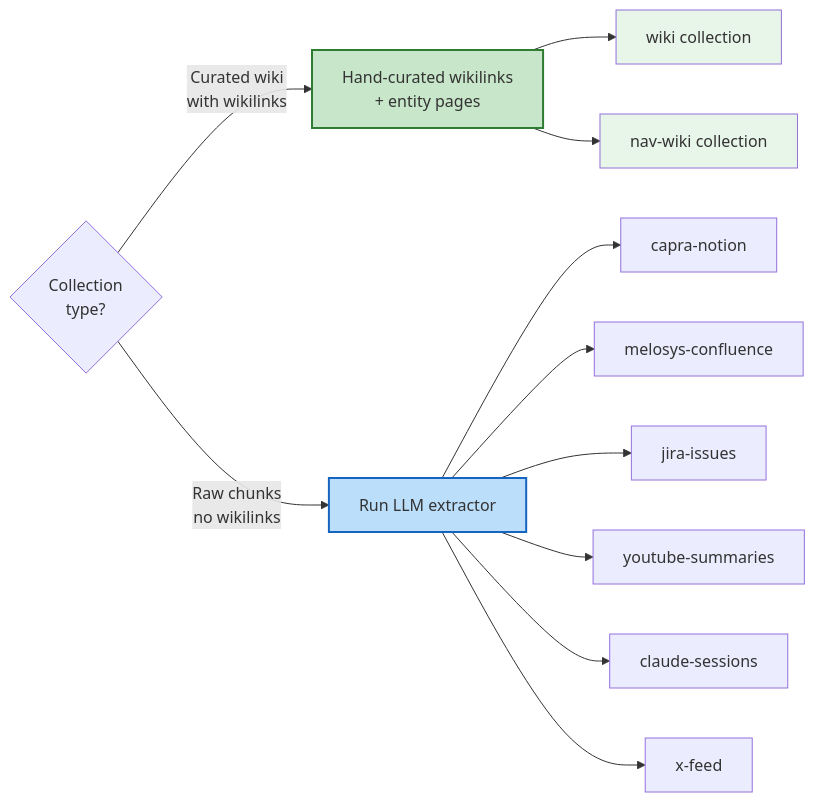
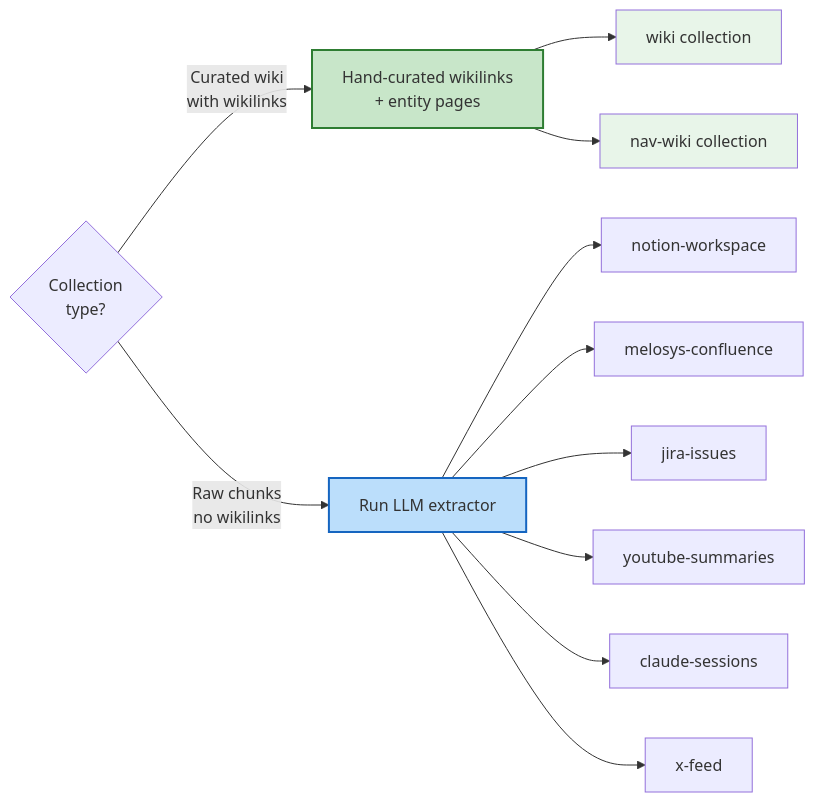
Before and after one commit to RuneLind/huginn: the second of 6 diagrams in docs/knowledge-graph-when-to-use-what.md, drawn with Mermaid. The commit also changed other lines of this file and 9 other files, not shown here.

````diff
--- a/docs/knowledge-graph-when-to-use-what.md
+++ b/docs/knowledge-graph-when-to-use-what.md
@@ -65,21 +65,21 @@
 ```mermaid
 flowchart LR
     Q{Collection<br/>type?}
     Q -->|Curated wiki<br/>with wikilinks| HAND[Hand-curated wikilinks<br/>+ entity pages]
     Q -->|Raw chunks<br/>no wikilinks| LLM[Run LLM extractor]
 
     HAND --> WK[wiki collection]
     HAND --> NW[nav-wiki collection]
 
-    LLM --> J1[capra-notion]
+    LLM --> J1[notion-workspace]
     LLM --> J2[melosys-confluence]
     LLM --> J3[jira-issues]
     LLM --> J4[youtube-summaries]
     LLM --> J5[claude-sessions]
     LLM --> J6[x-feed]
 
     style HAND fill:#c8e6c9,stroke:#2e7d32,stroke-width:2px
     style LLM fill:#bbdefb,stroke:#1565c0,stroke-width:2px
     style WK fill:#e8f5e9
     style NW fill:#e8f5e9
 ```
````
